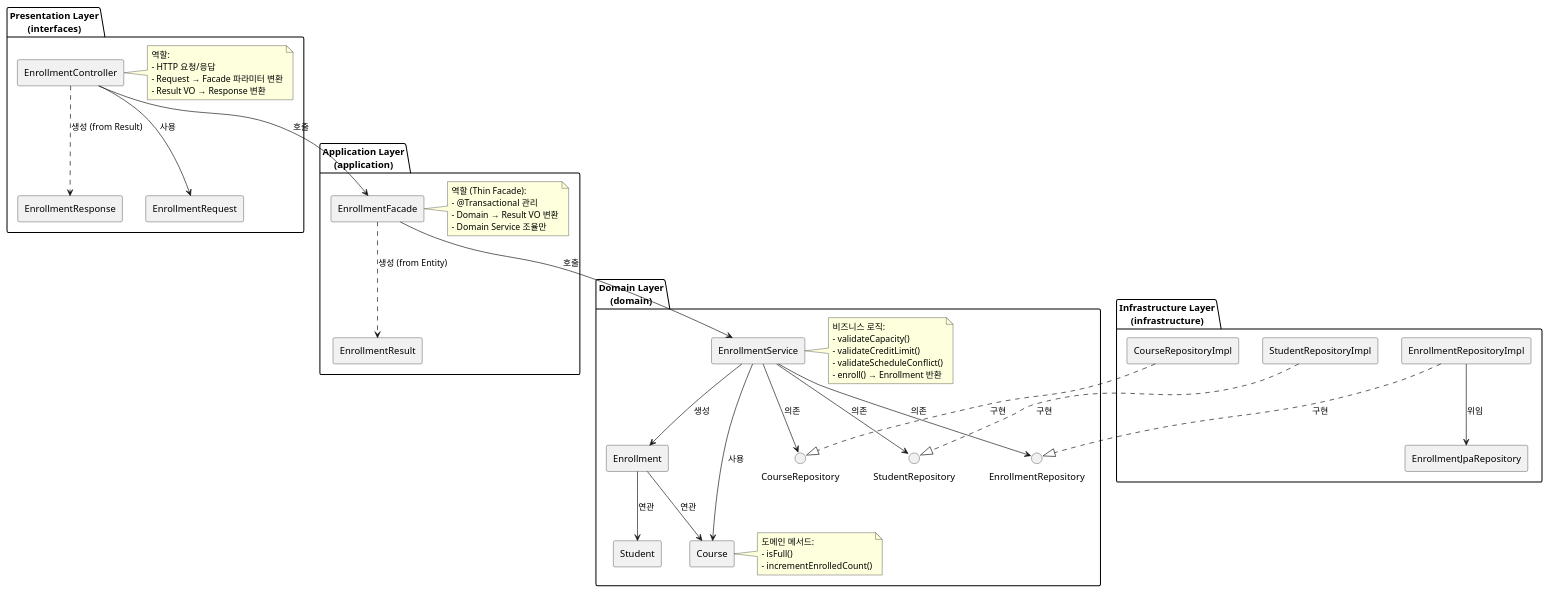
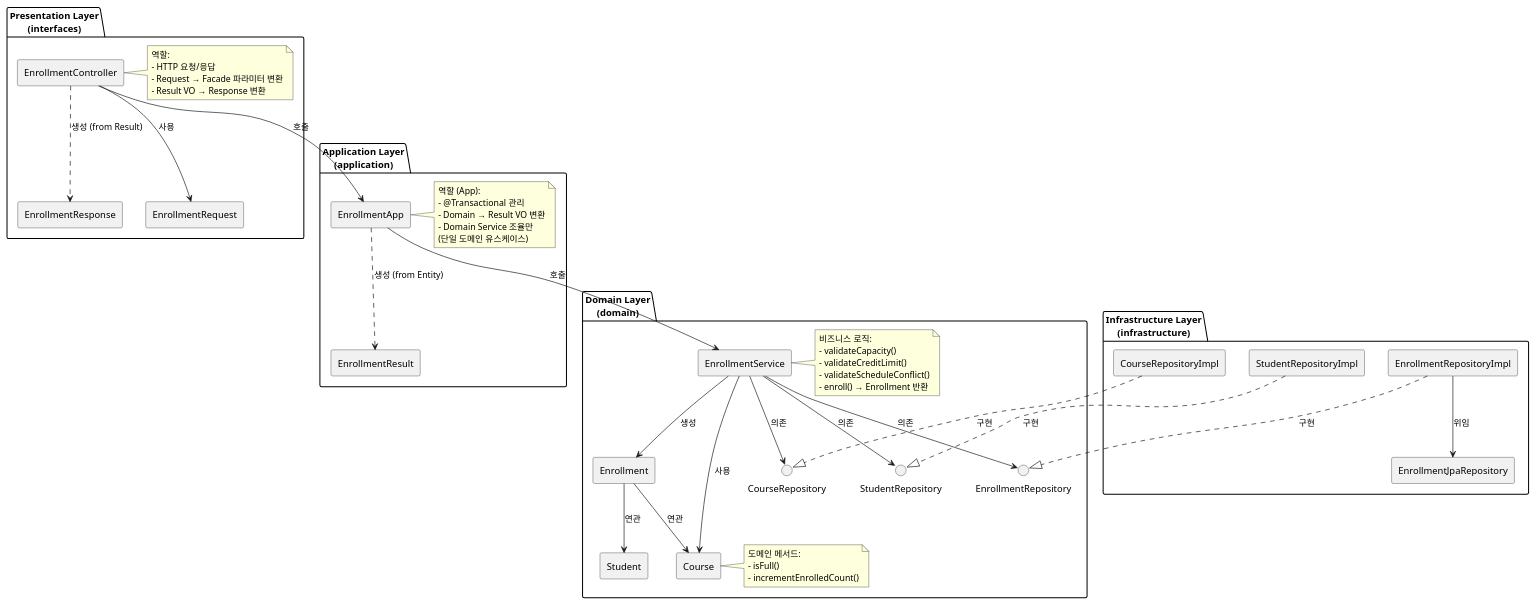
One commit to YoHanKi/loop-pack-be-l2-vol3-java changed the first of 2 diagrams in docs/design/05-component-diagram.md. Above: the diagram before and after it, drawn with PlantUML. The commit also changed other lines of this file and 3 other files, not shown here.

```diff
--- a/docs/design/05-component-diagram.md
+++ b/docs/design/05-component-diagram.md
@@ -39,13 +39,14 @@
 }
 
 package "Application Layer\n(application)" {
-  [EnrollmentFacade] as Facade
+  [EnrollmentApp] as App
   [EnrollmentResult] as ResultVO
-  note right of Facade
-    역할 (Thin Facade):
+  note right of App
+    역할 (App):
     - @Transactional 관리
     - Domain → Result VO 변환
     - Domain Service 조율만
+    (단일 도메인 유스케이스)
   end note
 }
 
@@ -81,13 +82,13 @@
 }
 
 ' --- Requests flow (올바른 의존성 방향) ---
-Controller --> Facade : 호출
+Controller --> App : 호출
 Controller --> Request : 사용
 Controller ..> Response : 생성 (from Result)
 
-' --- Facade to Domain Service ---
-Facade --> DomainService : 호출
-Facade ..> ResultVO : 생성 (from Entity)
+' --- App to Domain Service ---
+App --> DomainService : 호출
+App ..> ResultVO : 생성 (from Entity)
 
 ' --- Domain Service to Repository ---
 DomainService --> EnrollmentRepo : 의존
```
